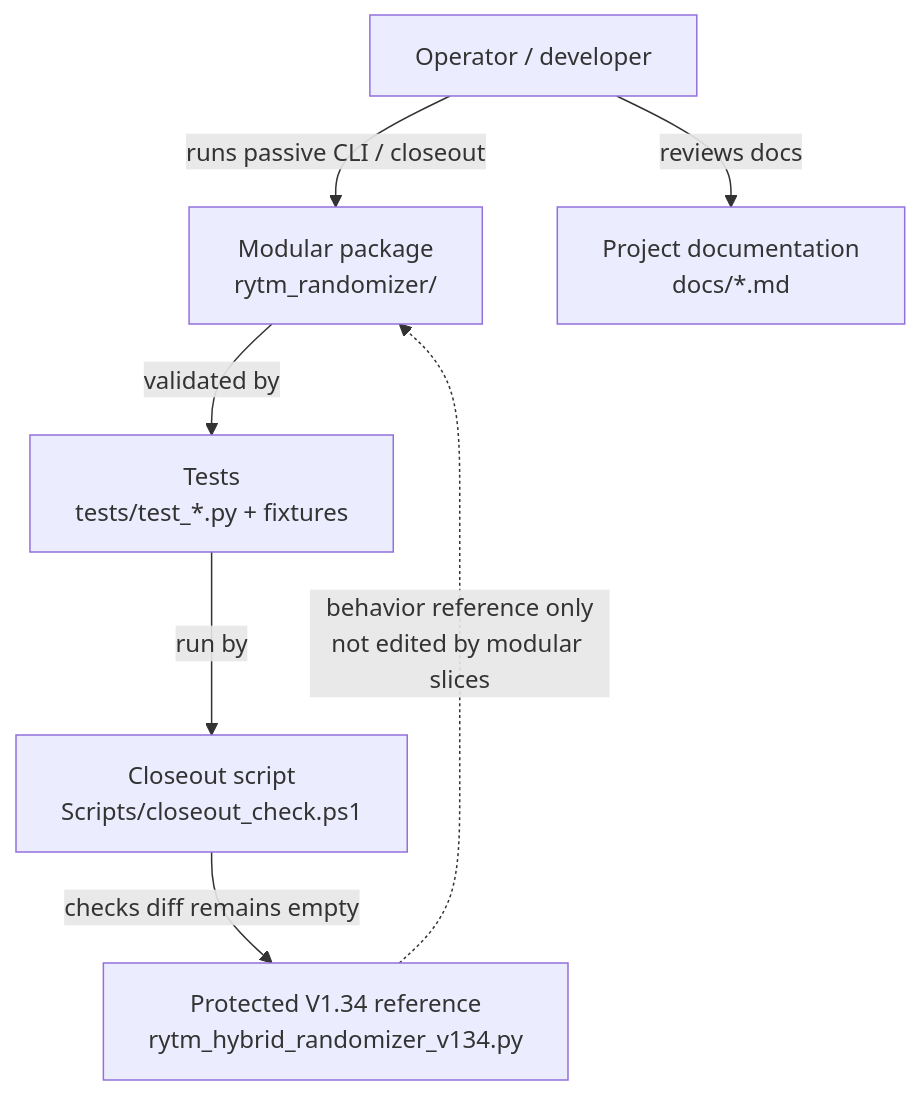
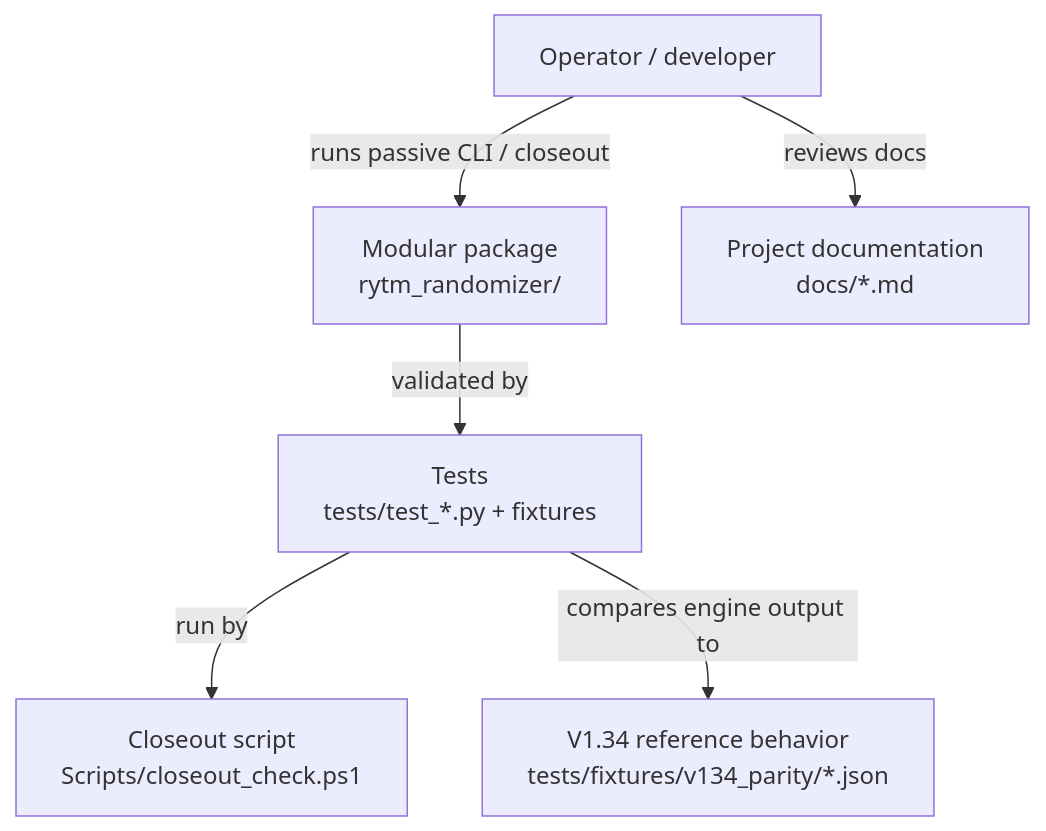
One commit to buzzijose-hub/RytmRandomizer changed the first of 11 diagrams in docs/ARCHITECTURE_DIAGRAMS.md. Above: the diagram before and after it, drawn with Mermaid. The commit also changed other lines of this file and 541 other files, not shown here.

````diff
--- a/docs/ARCHITECTURE_DIAGRAMS.md
+++ b/docs/ARCHITECTURE_DIAGRAMS.md
@@ -43,18 +43,16 @@
 ```mermaid
 flowchart TB
     User["Operator / developer"]
-    V134["Protected V1.34 reference\nrytm_hybrid_randomizer_v134.py"]
+    V134["V1.34 reference behavior\ntests/fixtures/v134_parity/*.json"]
     Package["Modular package\nrytm_randomizer/"]
     Tests["Tests\ntests/test_*.py + fixtures"]
     Closeout["Closeout script\nScripts/closeout_check.ps1"]
     Docs["Project documentation\ndocs/*.md"]
 
     User -->|"runs passive CLI / closeout"| Package
     User -->|"reviews docs"| Docs
 
     Package -->|"validated by"| Tests
     Tests -->|"run by"| Closeout
-    Closeout -->|"checks diff remains empty"| V134
-
-    V134 -.->|"behavior reference only\nnot edited by modular slices"| Package
+    Tests -->|"compares engine output to"| V134
 ```
````
